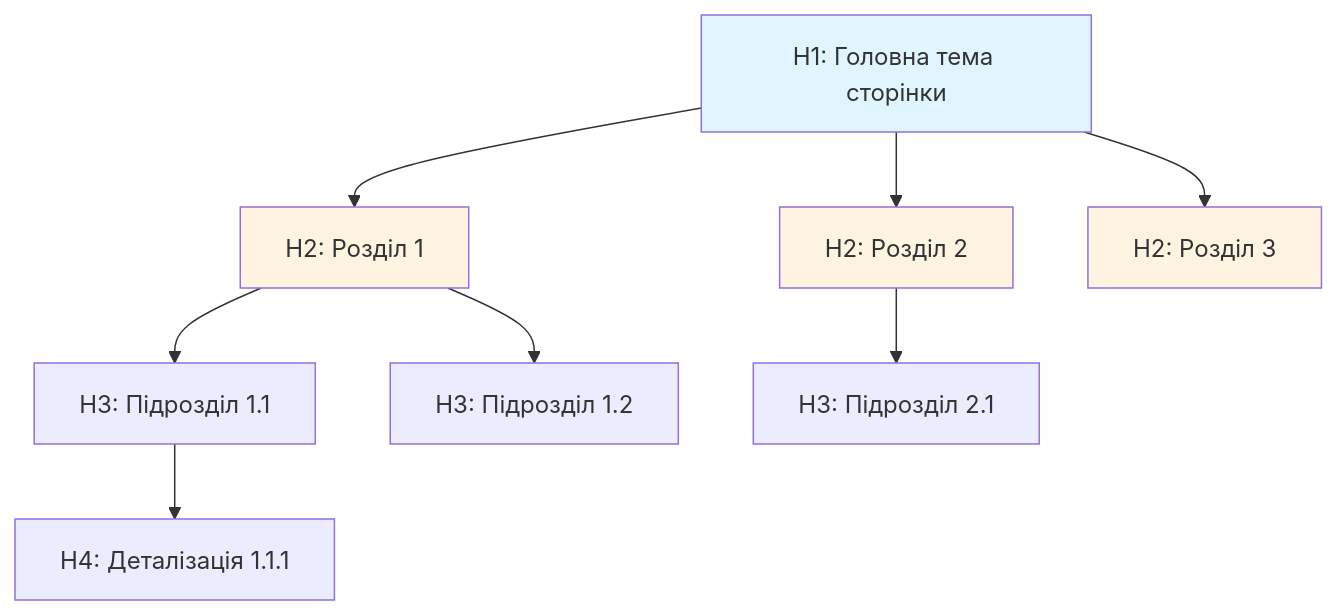
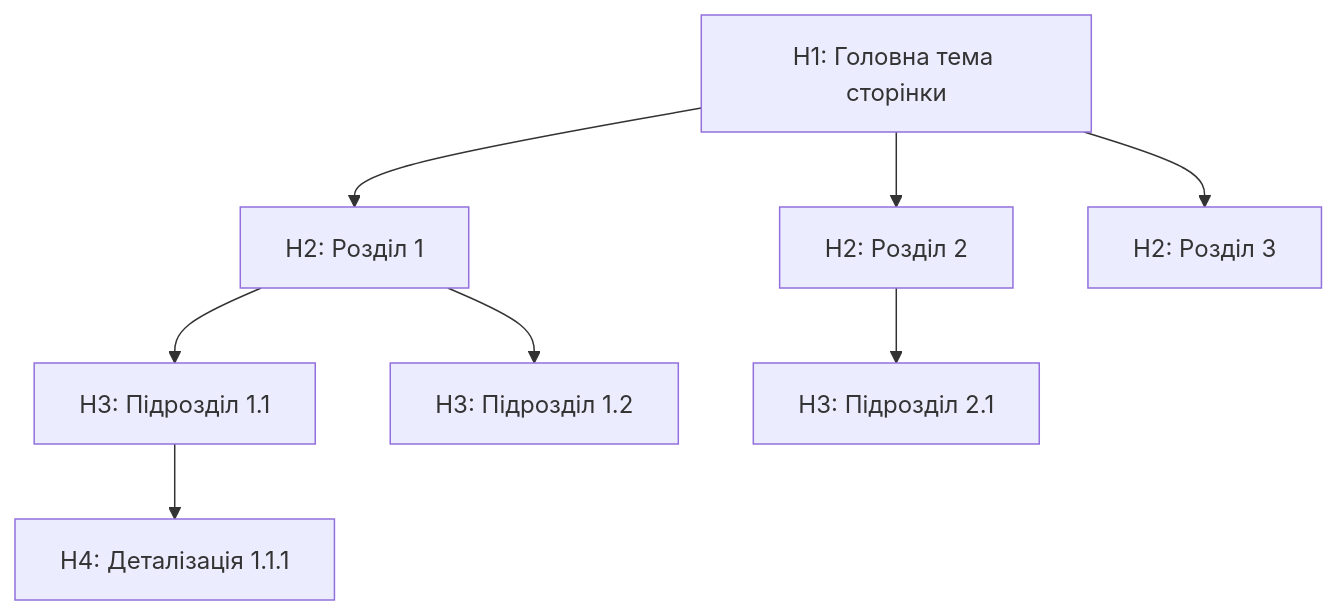
The first of 4 diagrams in lectures/lec-03.md (olroi421/course-seo), drawn with Mermaid before and after one commit. The commit also changed other lines of this file and 1 other file, not shown here.

First line of the commit message:
Remove redundant Mermaid style directives

````diff
--- a/lectures/lec-03.md
+++ b/lectures/lec-03.md
@@ -89,15 +89,11 @@
 ```mermaid
 graph TD
     A[H1: Головна тема сторінки] --> B[H2: Розділ 1]
     A --> C[H2: Розділ 2]
     A --> D[H2: Розділ 3]
     B --> E[H3: Підрозділ 1.1]
     B --> F[H3: Підрозділ 1.2]
     E --> G[H4: Деталізація 1.1.1]
     C --> H[H3: Підрозділ 2.1]
 
-    style A fill:#e1f5ff
-    style B fill:#fff4e1
-    style C fill:#fff4e1
-    style D fill:#fff4e1
 ```
````
